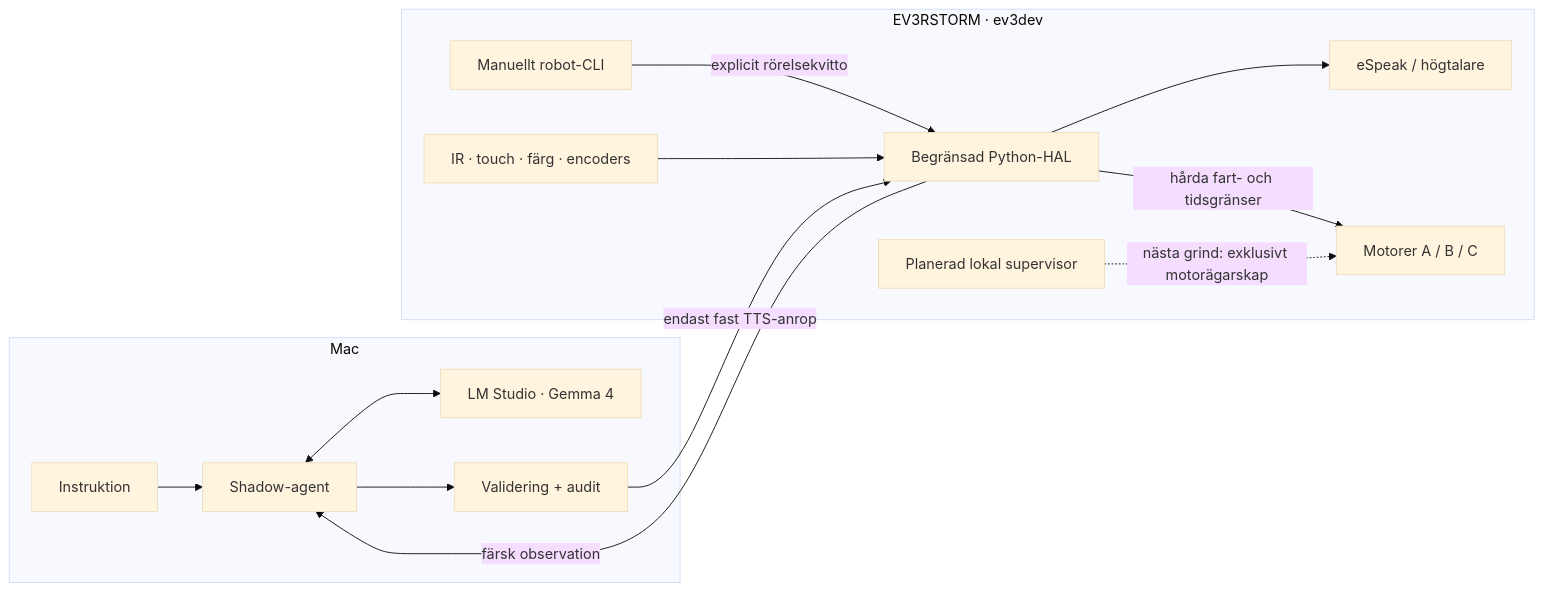
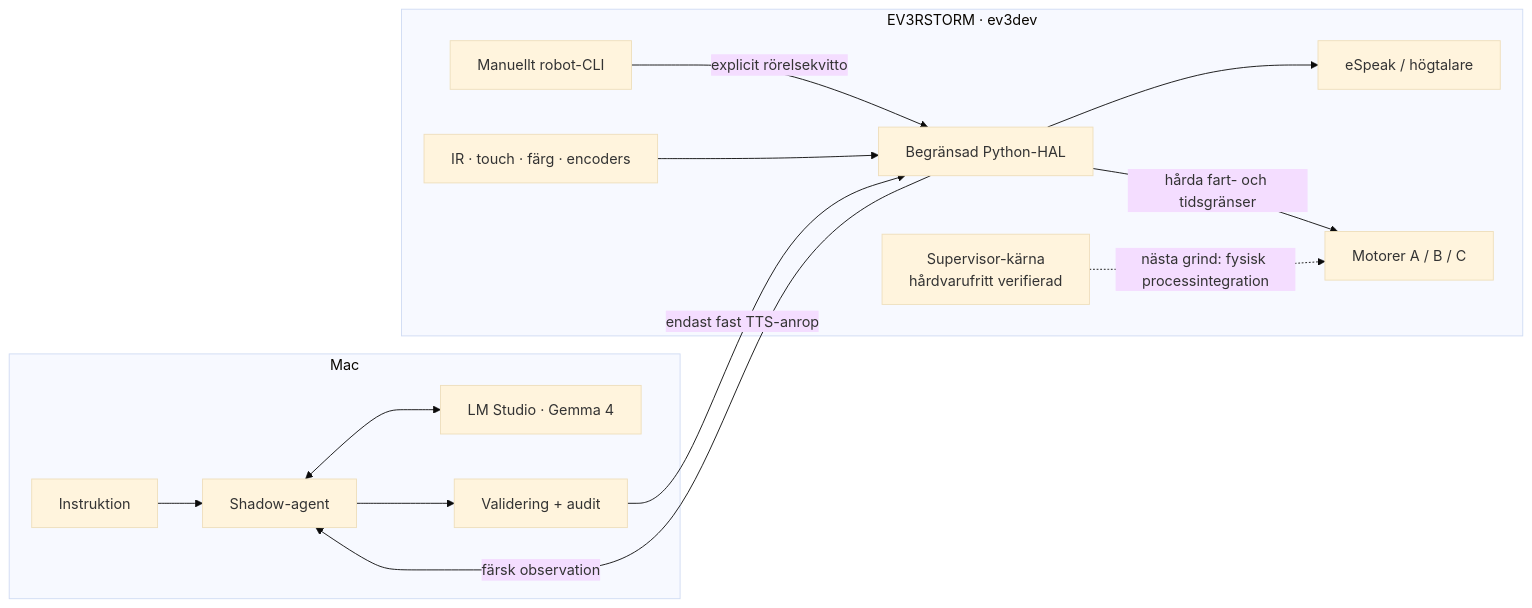
Before and after one commit to Jawbreaker1/robot-llm: the diagram in README.md, drawn with Mermaid (base theme). The commit also changed other lines of this file and 6 other files, not shown here.

````diff
--- a/README.md
+++ b/README.md
@@ -42,29 +55,29 @@
 ```mermaid
 flowchart LR
     subgraph MAC["Mac"]
         I["Instruktion"]
         A["Shadow-agent"]
         L["LM Studio · Gemma 4"]
         V["Validering + audit"]
     end
 
     subgraph EV3["EV3RSTORM · ev3dev"]
         C["Manuellt robot-CLI"]
         H["Begränsad Python-HAL"]
         S["IR · touch · färg · encoders"]
         T["eSpeak / högtalare"]
         M["Motorer A / B / C"]
-        X["Planerad lokal supervisor"]
+        X["Supervisor-kärna<br/>hårdvarufritt verifierad"]
     end
 
     I --> A
     A <--> L
     A --> V
     V -->|"endast fast TTS-anrop"| H
     S --> H
     H -->|"färsk observation"| A
     H --> T
     C -->|"explicit rörelsekvitto"| H
     H -->|"hårda fart- och tidsgränser"| M
-    X -.->|"nästa grind: exklusivt motorägarskap"| M
+    X -.->|"nästa grind: fysisk processintegration"| M
 ```
````
